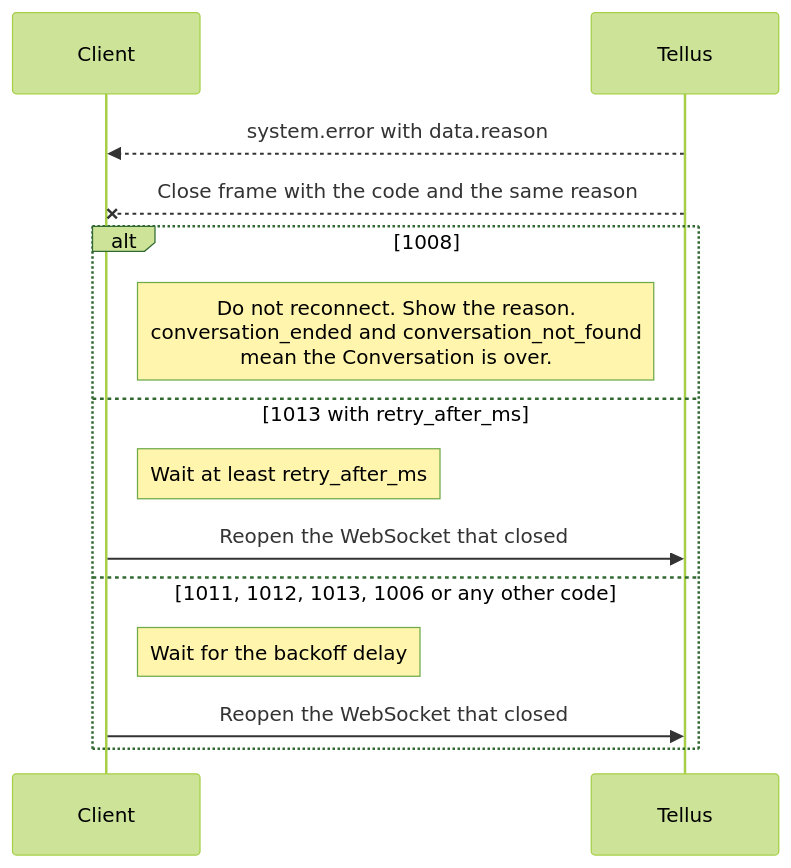
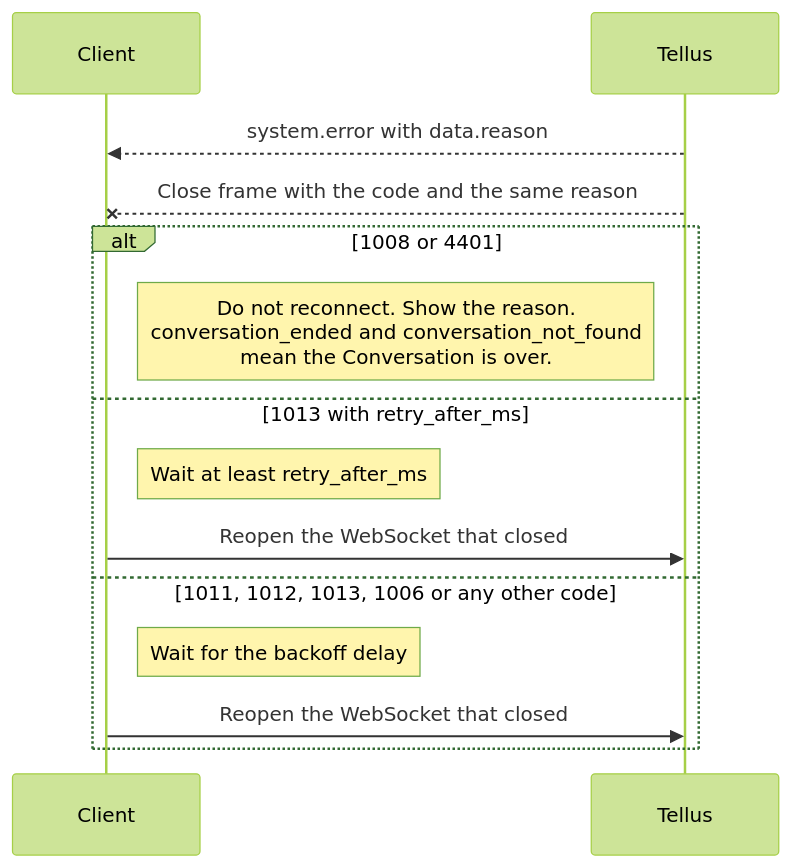
One commit to tellus-ai/Tellus-realtime-translate-example changed the second of 4 diagrams in README.md. Above: the diagram before and after it, drawn with Mermaid (forest theme). The commit also changed other lines of this file and 73 other files, not shown here.

````diff
--- a/README.md
+++ b/README.md
@@ -600,17 +746,17 @@
 ```mermaid
 sequenceDiagram
     participant C as Client
     participant T as Tellus
 
     T-->>C: system.error with data.reason
     T--xC: Close frame with the code and the same reason
-    alt 1008
+    alt 1008 or 4401
         Note right of C: Do not reconnect. Show the reason.<br/>conversation_ended and conversation_not_found<br/>mean the Conversation is over.
     else 1013 with retry_after_ms
         Note right of C: Wait at least retry_after_ms
         C->>T: Reopen the WebSocket that closed
     else 1011, 1012, 1013, 1006 or any other code
         Note right of C: Wait for the backoff delay
         C->>T: Reopen the WebSocket that closed
     end
 ```
````
